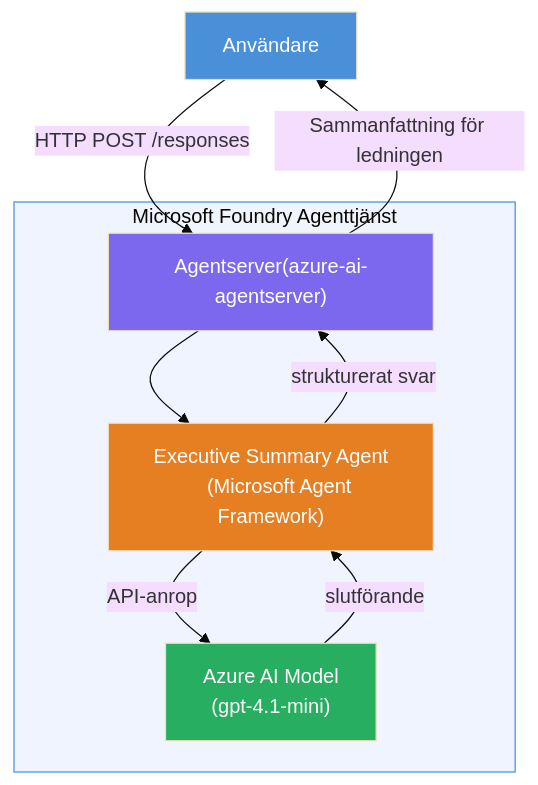
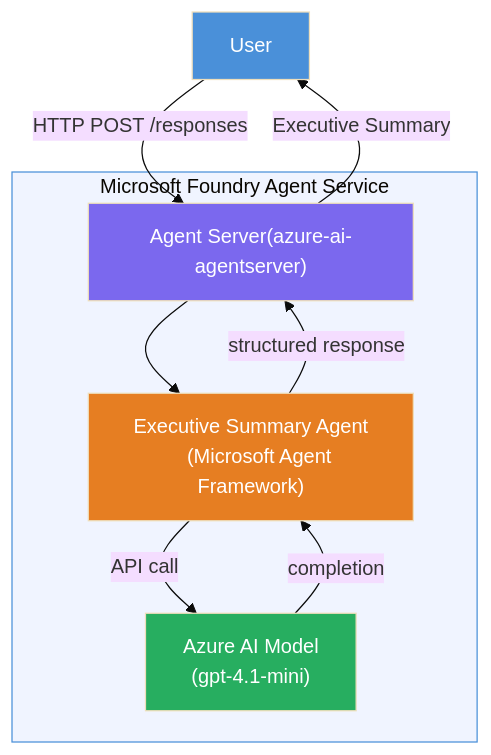
Before and after one commit to microsoft-foundry/Foundry_Toolkit_for_VSCode_Lab: the diagram in translations/sv/workshop/lab01-single-agent/README.md, drawn with Mermaid (base theme). The commit also changed other lines of this file and 74 other files, not shown here.

````diff
--- a/translations/sv/workshop/lab01-single-agent/README.md
+++ b/translations/sv/workshop/lab01-single-agent/README.md
@@ -15,23 +15,23 @@
 ```mermaid
 flowchart TD
-    A["Användare"] -->|HTTP POST /responses| B["Agentserver(azure-ai-agentserver)"]
+    A["User"] -->|HTTP POST /responses| B["Agent Server(azure-ai-agentserver)"]
     B --> C["Executive Summary Agent
     (Microsoft Agent Framework)"]
-    C -->|API-anrop| D["Azure AI Model
+    C -->|API call| D["Azure AI Model
     (gpt-4.1-mini)"]
-    D -->|slutförande| C
-    C -->|strukturerat svar| B
-    B -->|Sammanfattning för ledningen| A
+    D -->|completion| C
+    C -->|structured response| B
+    B -->|Executive Summary| A
 
-    subgraph Azure ["Microsoft Foundry Agenttjänst"]
+    subgraph Azure ["Microsoft Foundry Agent Service"]
         B
         C
         D
     end
 
     style A fill:#4A90D9,color:#fff
     style B fill:#7B68EE,color:#fff
     style C fill:#E67E22,color:#fff
     style D fill:#27AE60,color:#fff
     style Azure fill:#f0f4ff,stroke:#4A90D9
 ```
````
